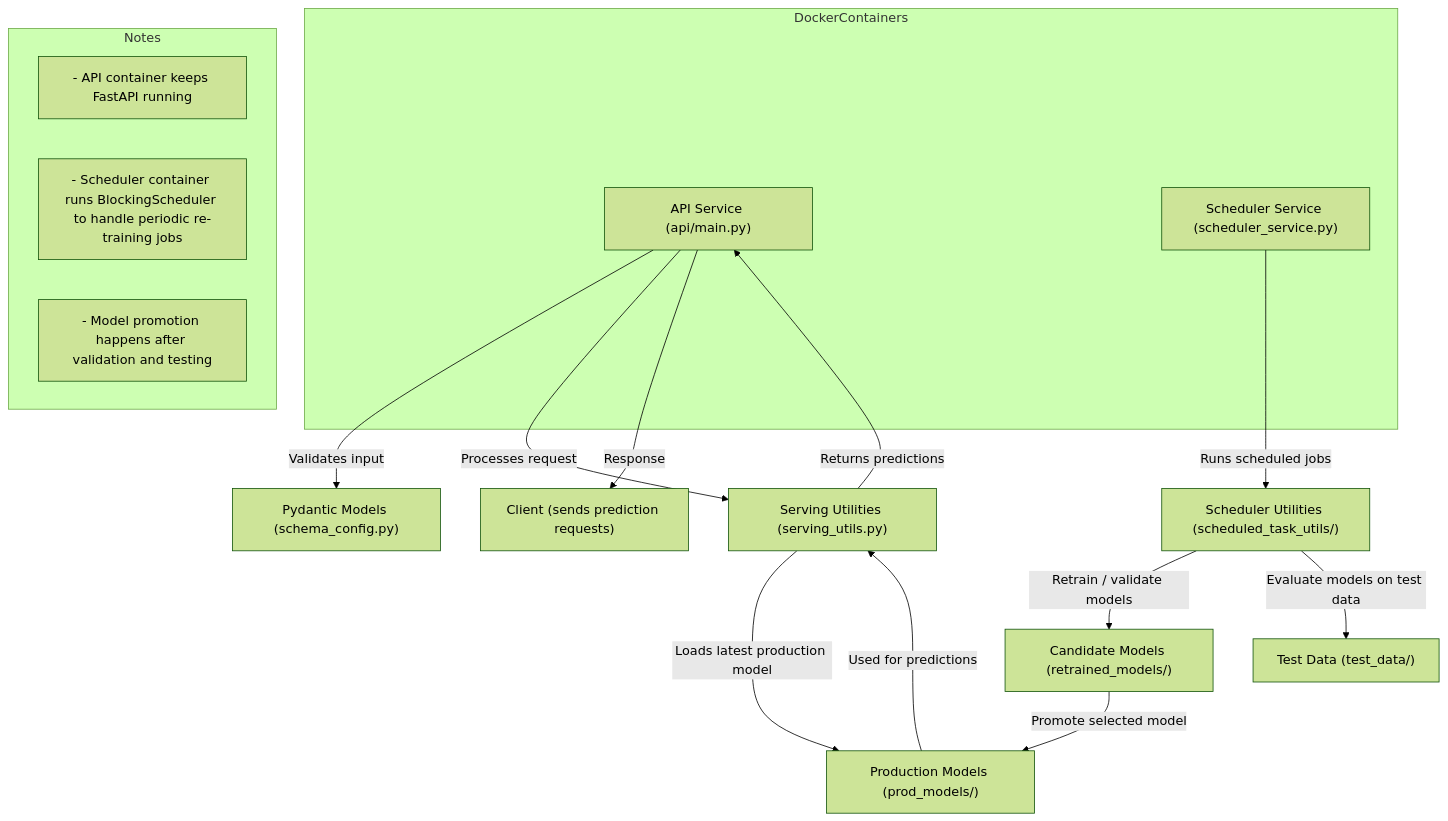
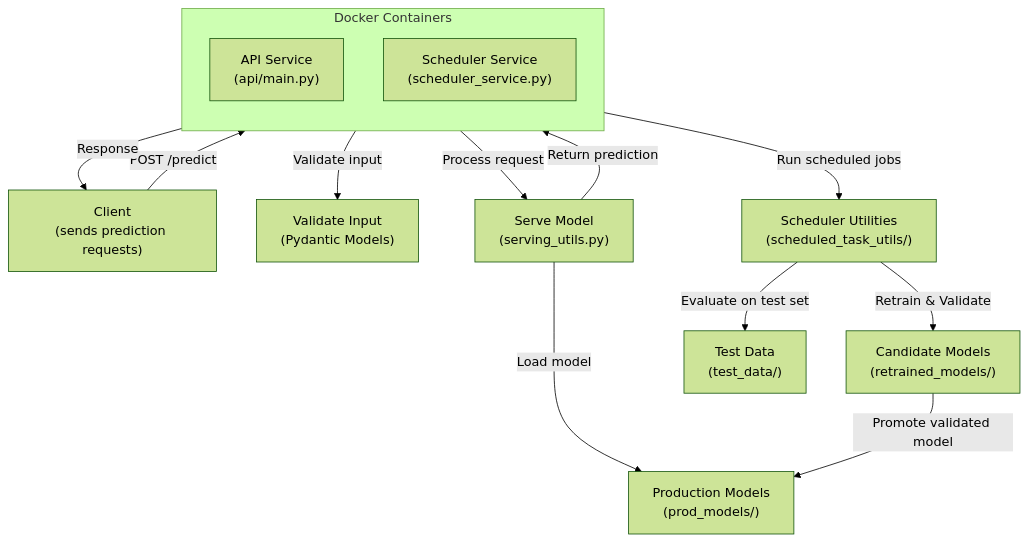
The diagram in README.md (ericnechayev/ml-scheduler), drawn with Mermaid (forest theme) before and after one commit.

Commit message:
Documentation

````diff
--- a/README.md
+++ b/README.md
@@ -11,34 +11,37 @@
 ```mermaid
 graph TD
-    %% External Client
-    Client["Client (sends prediction requests)"]
+    %% Clients
+    Client["Client\n(sends prediction requests)"]
 
     %% API Service
-    API["API Service (api/main.py)"]
-    API -->|Validates input| Pydantic["Pydantic Models (schema_config.py)"]
-    API -->|Processes request| Serving["Serving Utilities (serving_utils.py)"]
-    Serving -->|Loads latest production model| ProdModels["Production Models (prod_models/)"]
-    Serving -->|Returns predictions| API
+    API["API Service\n(api/main.py)"]
+    Pydantic["Validate Input\n(Pydantic Models)"]
+    Serving["Serve Model\n(serving_utils.py)"]
+    ProdModels["Production Models\n(prod_models/)"]
+
+    %% Scheduler Service
+    Scheduler["Scheduler Service\n(scheduler_service.py)"]
+    Utils["Scheduler Utilities\n(scheduled_task_utils/)"]
+    Retrained["Candidate Models\n(retrained_models/)"]
+    TestData["Test Data\n(test_data/)"]
+
+    %% Flow connections
+    Client -->|POST /predict| API
+    API -->|Validate input| Pydantic
+    API -->|Process request| Serving
+    Serving -->|Load model| ProdModels
+    Serving -->|Return prediction| API
     API -->|Response| Client
 
-    %% Scheduler Service
-    Scheduler["Scheduler Service (scheduler_service.py)"]
-    Scheduler -->|Runs scheduled jobs| Utils["Scheduler Utilities (scheduled_task_utils/)"]
-    Utils -->|Retrain / validate models| Retrained["Candidate Models (retrained_models/)"]
-    Utils -->|Evaluate models on test data| TestData["Test Data (test_data/)"]
-    Retrained -->|Promote selected model| ProdModels
+    Scheduler -->|Run scheduled jobs| Utils
+    Utils -->|Retrain & Validate| Retrained
+    Utils -->|Evaluate on test set| TestData
+    Retrained -->|Promote validated model| ProdModels
 
-    %% Additional context
-    subgraph DockerContainers
+    %% Docker Containers (compact)
+    subgraph DockerContainers["Docker Containers"]
+        direction TB
         API
         Scheduler
     end
-
-    subgraph Notes
-        Note1["- API container keeps FastAPI running"]
-        Note2["- Scheduler container runs BlockingScheduler to handle periodic re-training jobs"]
-        Note3["- Model promotion happens after validation and testing"]
-    end
-
-    ProdModels -->|Used for predictions| Serving
 ```
````
